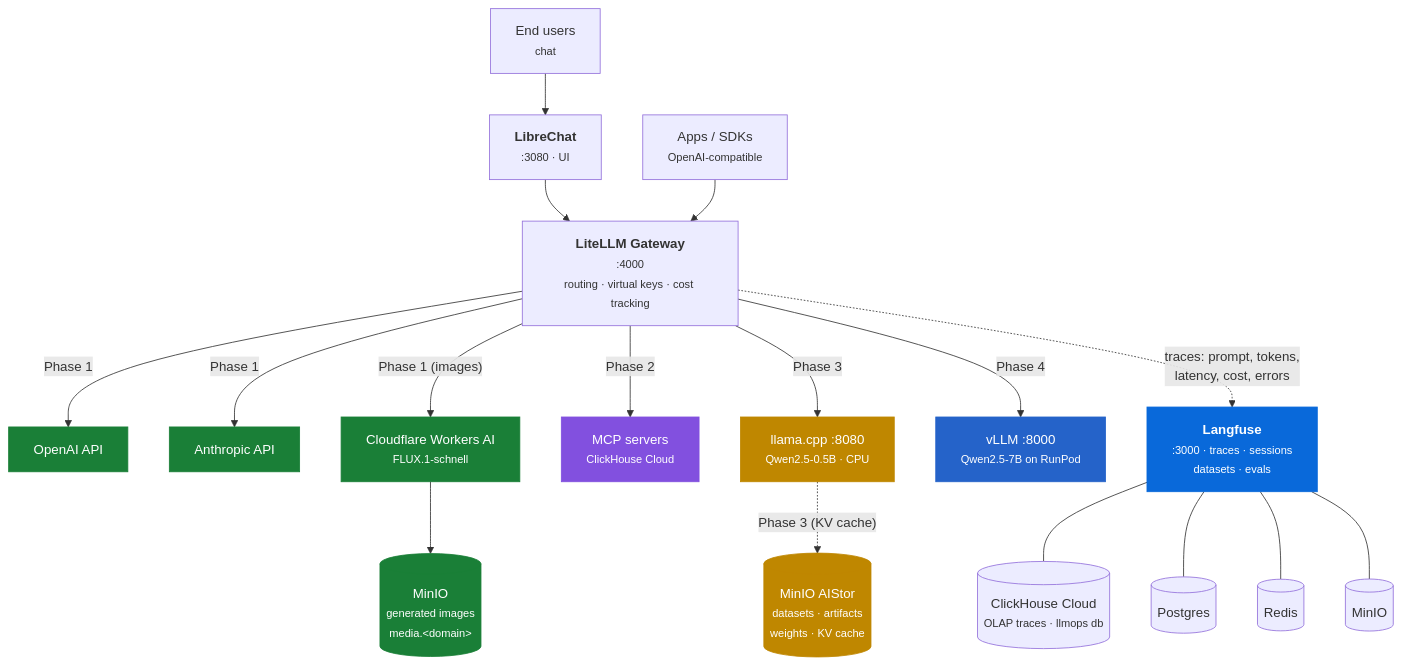
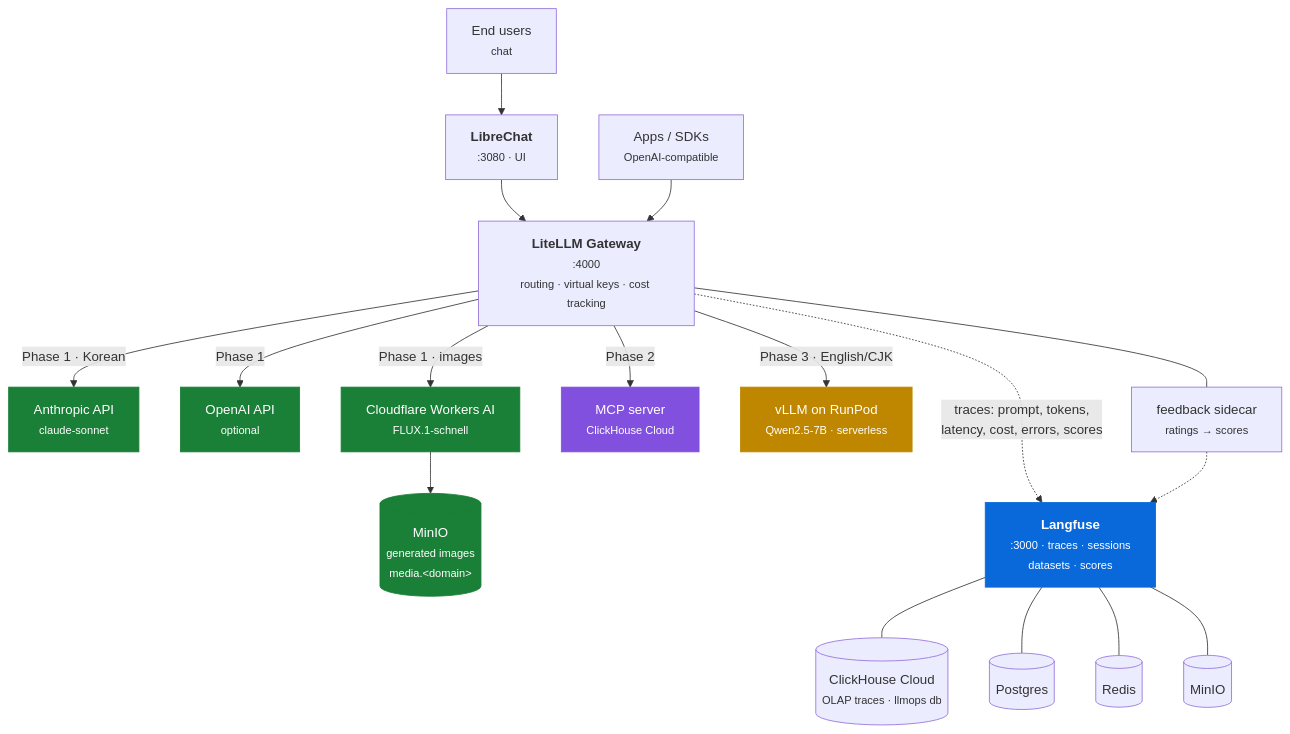
One commit to litkhai/llmops-in-a-box changed the first of 2 diagrams in docs/index.md. Above: the diagram before and after it, drawn with Mermaid. The commit also changed other lines of this file and 14 other files, not shown here.

````diff
--- a/docs/index.md
+++ b/docs/index.md
@@ -121,52 +119,49 @@
 ```mermaid
 flowchart TB
     U1["End users<br/><small>chat</small>"]
     U2["Apps / SDKs<br/><small>OpenAI-compatible</small>"]
 
     LC["<b>LibreChat</b><br/><small>:3080 · UI</small>"]
     GW["<b>LiteLLM Gateway</b><br/><small>:4000</small><br/><small>routing · virtual keys · cost tracking</small>"]
 
-    OA["OpenAI API"]
-    AN["Anthropic API"]
+    AN["Anthropic API<br/><small>claude-sonnet</small>"]
+    OA["OpenAI API<br/><small>optional</small>"]
     CF["Cloudflare Workers AI<br/><small>FLUX.1-schnell</small>"]
     IMGMI[("MinIO<br/><small>generated images<br/>media.&lt;domain&gt;</small>")]
-    MCP["MCP servers<br/><small>ClickHouse Cloud</small>"]
-    CPU["llama.cpp :8080<br/><small>Qwen2.5-0.5B · CPU</small>"]
-    VL["vLLM :8000<br/><small>Qwen2.5-7B on RunPod</small>"]
+    MCP["MCP server<br/><small>ClickHouse Cloud</small>"]
+    VL["vLLM on RunPod<br/><small>Qwen2.5-7B · serverless</small>"]
 
-    LF["<b>Langfuse</b><br/><small>:3000 · traces · sessions<br/>datasets · evals</small>"]
+    LF["<b>Langfuse</b><br/><small>:3000 · traces · sessions<br/>datasets · scores</small>"]
     CH[("ClickHouse Cloud<br/><small>OLAP traces · llmops db</small>")]
     PG[("Postgres")]
     RD[("Redis")]
     MI[("MinIO")]
-    ST[("MinIO AIStor<br/><small>datasets · artifacts<br/>weights · KV cache</small>")]
+    FB["feedback sidecar<br/><small>ratings → scores</small>"]
 
     U1 --> LC --> GW
     U2 --> GW
 
+    GW -->|"Phase 1 · Korean"| AN
     GW -->|Phase 1| OA
-    GW -->|Phase 1| AN
-    GW -->|"Phase 1 (images)"| CF
+    GW -->|"Phase 1 · images"| CF
     CF --> IMGMI
     GW -->|Phase 2| MCP
-    GW -->|Phase 3| CPU
-    CPU -.->|"Phase 3 (KV cache)"| ST
-    GW -->|Phase 4| VL
+    GW -->|"Phase 3 · English/CJK"| VL
 
-    GW -.->|"traces: prompt, tokens,<br/>latency, cost, errors"| LF
+    GW -.->|"traces: prompt, tokens,<br/>latency, cost, errors, scores"| LF
+    GW --- FB
+    FB -.-> LF
     LF --- CH
     LF --- PG
     LF --- RD
     LF --- MI
 
     classDef p1 fill:#1a7f37,stroke:#1a7f37,color:#fff
     classDef p2 fill:#8250df,stroke:#8250df,color:#fff
     classDef p3 fill:#bf8700,stroke:#bf8700,color:#fff
-    classDef p4 fill:#2563c9,stroke:#2563c9,color:#fff
     classDef obs fill:#0969da,stroke:#0969da,color:#fff
-    class OA,AN,CF,IMGMI p1
+    class AN,OA,CF,IMGMI p1
     class MCP p2
-    class CPU,ST p3
-    class VL p4
+    class VL p3
     class LF obs
 ```
````
